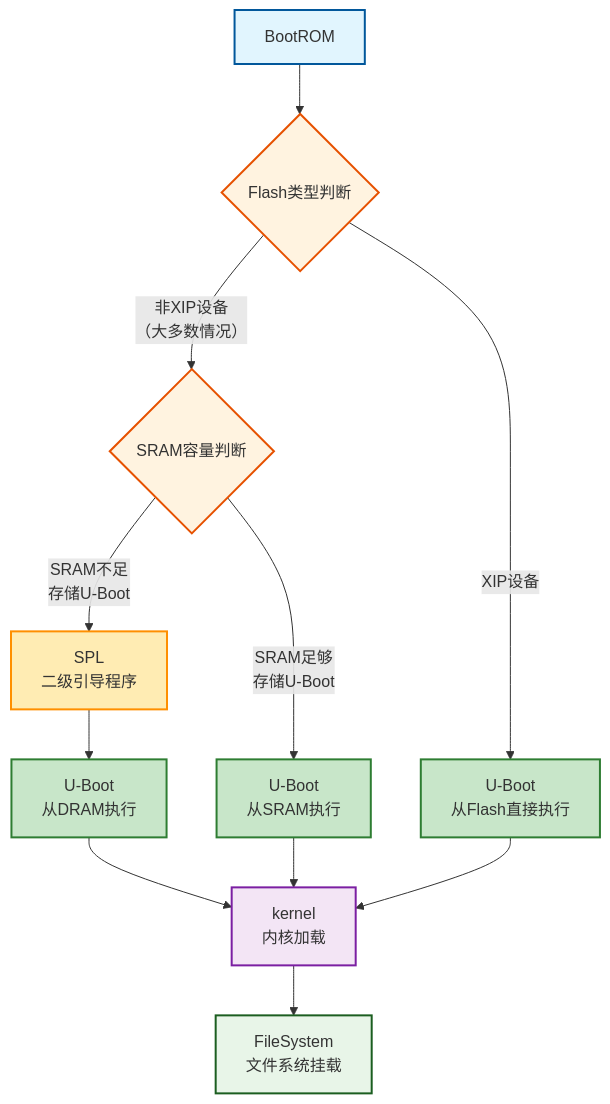
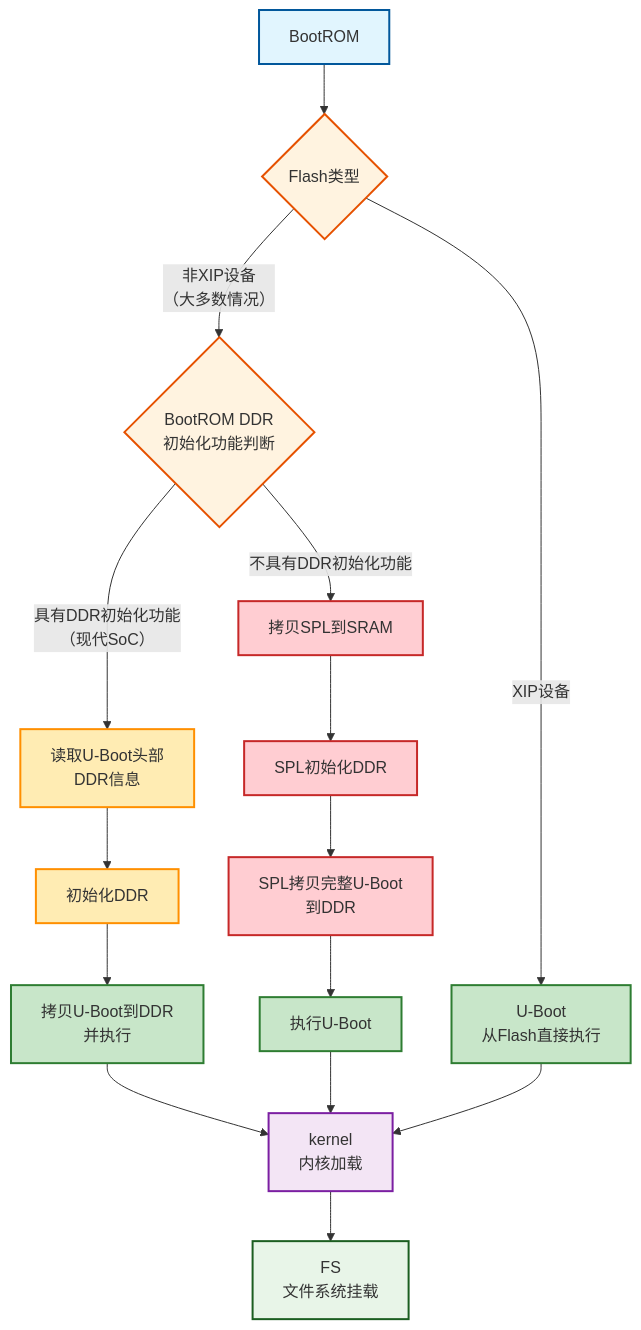
One commit to h13-0/Notebooks changed the diagram in Linux内核原理及其开发/U-Boot/U-Boot.md. Above: the diagram before and after it, drawn with Mermaid. The commit also changed other lines of this file, not shown here.

Commit message:
vault backup: 2025-10-24 12:41:37

````diff
--- a/Linux内核原理及其开发/U-Boot/U-Boot.md
+++ b/Linux内核原理及其开发/U-Boot/U-Boot.md
@@ -79,29 +80,38 @@
 ```mermaid
 flowchart TD
-    A[BootROM] --> B{Flash类型判断}
+    A[BootROM] --> B{Flash类型}
     
-    B -->|非XIP设备<br>（大多数情况）| C{SRAM容量判断}
+    B -->|非XIP设备<br>（大多数情况）| C{BootROM DDR<br>初始化功能判断}
     B -->|XIP设备| D[U-Boot<br>从Flash直接执行]
     
-    C -->|SRAM足够<br>存储U-Boot| E[U-Boot<br>从SRAM执行]
-    C -->|SRAM不足<br>存储U-Boot| F[SPL<br>二级引导程序]
+    C -->|具有DDR初始化功能<br>（现代SoC）| E[读取U-Boot头部<br>DDR信息]
+    E --> F[初始化DDR]
+    F --> G[拷贝U-Boot到DDR<br>并执行]
     
-    F --> G[U-Boot<br>从DRAM执行]
-    G --> H[kernel<br>内核加载]
-    E --> H
-    D --> H
+    C -->|不具有DDR初始化功能| H[拷贝SPL到SRAM]
+    H --> I[SPL初始化DDR]
+    I --> J[SPL拷贝完整U-Boot<br>到DDR]
+    J --> K[执行U-Boot]
     
-    H --> I[FileSystem<br>文件系统挂载]
+    G --> L[kernel<br>内核加载]
+    D --> L
+    K --> L
+    
+    L --> M[FS<br>文件系统挂载]
     
     %% 样式美化
     style A fill:#e1f5fe,stroke:#01579b,stroke-width:2px
     style B fill:#fff3e0,stroke:#e65100,stroke-width:2px
     style C fill:#fff3e0,stroke:#e65100,stroke-width:2px
     style D fill:#c8e6c9,stroke:#2e7d32,stroke-width:2px
-    style E fill:#c8e6c9,stroke:#2e7d32,stroke-width:2px
+    style E fill:#ffecb3,stroke:#ff8f00,stroke-width:2px
     style F fill:#ffecb3,stroke:#ff8f00,stroke-width:2px
     style G fill:#c8e6c9,stroke:#2e7d32,stroke-width:2px
-    style H fill:#f3e5f5,stroke:#7b1fa2,stroke-width:2px
-    style I fill:#e8f5e8,stroke:#1b5e20,stroke-width:2px
+    style H fill:#ffcdd2,stroke:#c62828,stroke-width:2px
+    style I fill:#ffcdd2,stroke:#c62828,stroke-width:2px
+    style J fill:#ffcdd2,stroke:#c62828,stroke-width:2px
+    style K fill:#c8e6c9,stroke:#2e7d32,stroke-width:2px
+    style L fill:#f3e5f5,stroke:#7b1fa2,stroke-width:2px
+    style M fill:#e8f5e8,stroke:#1b5e20,stroke-width:2px
 
 ```
````
